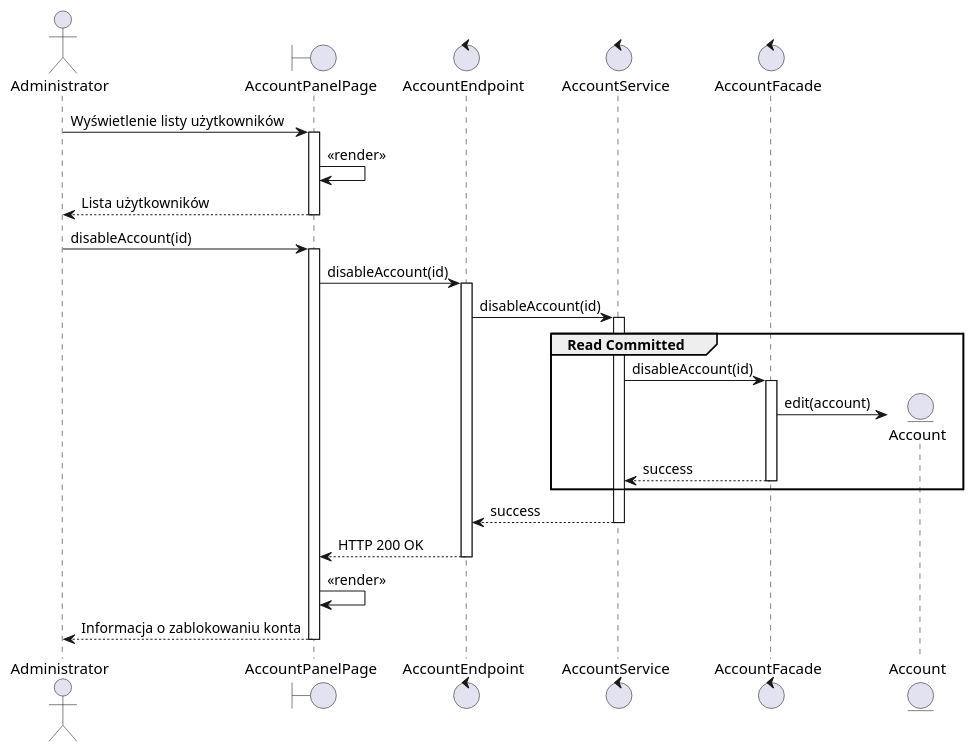
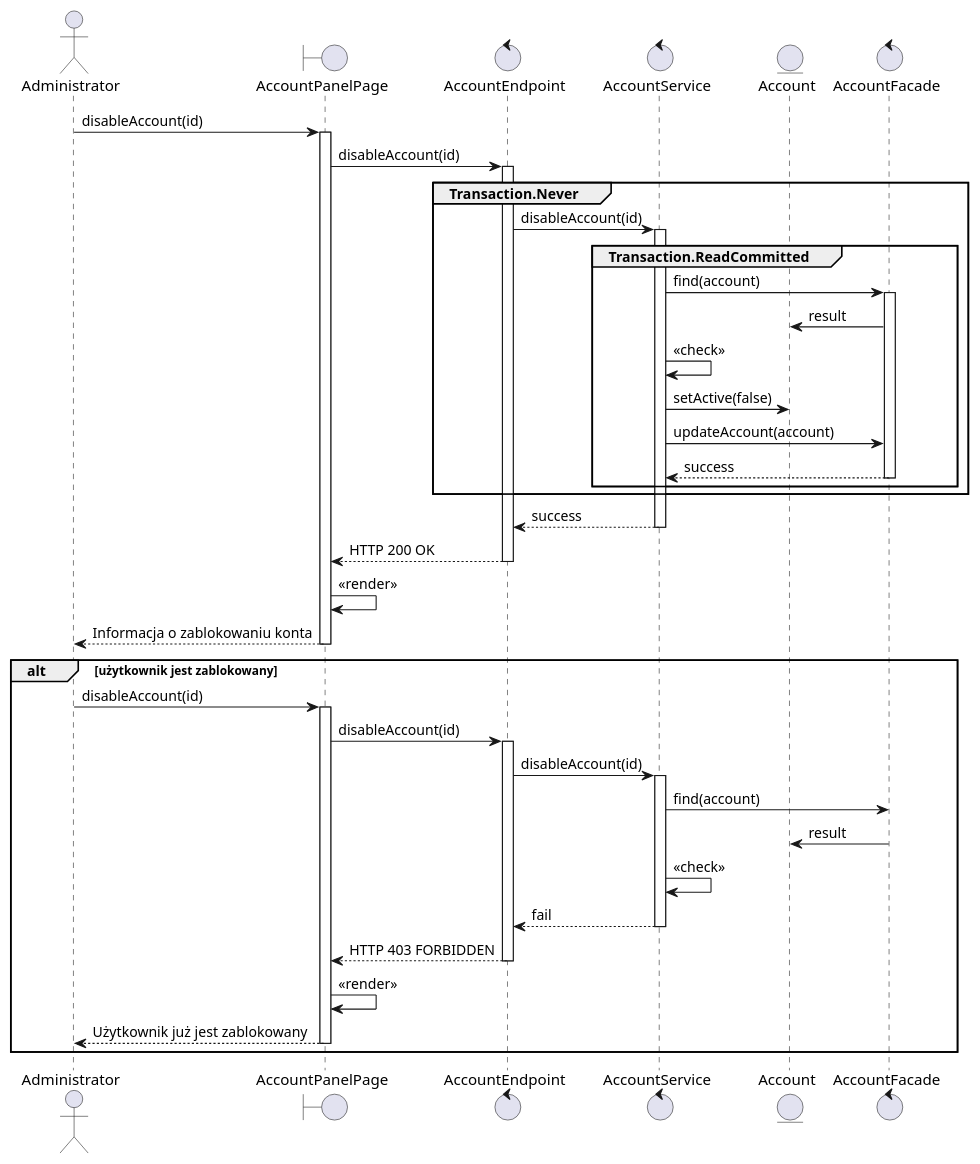
The diagram in src/rozdział 7/mok3.puml (TheVivent-Politechnika-Lodzka/ssbd03_kic_uml), drawn with PlantUML before and after one commit. The commit also changed 1 other file, not shown here.

```diff
--- a/src/rozdział 7/mok3.puml
+++ b/src/rozdział 7/mok3.puml
@@ -1,31 +1,45 @@
 @startuml
 
 actor Administrator as admin
 boundary AccountPanelPage as gui
 control AccountEndpoint as controller
 control AccountService as service
+entity Account as account
 control AccountFacade as facade
-' control EntityManager as entitymanager
-entity Account as account
-' database "Baza danych" as db
 
-admin -> gui ++ : Wyświetlenie listy użytkowników
-gui -> gui : <<render>>
-return Lista użytkowników
+
+
 admin -> gui ++ : disableAccount(id)
 gui -> controller ++ : disableAccount(id)
-controller -> service ++ : disableAccount(id) 
-
-group Read Committed
-    service -> facade ++ : disableAccount(id)
-    facade -> account ** : edit(account)
-return success
+group Transaction.Never
+    controller -> service ++ : disableAccount(id) 
+    group Transaction.ReadCommitted
+        service -> facade ++ : find(account)
+        facade -> account : result
+        service -> service : <<check>>
+        service -> account : setActive(false)
+        service -> facade : updateAccount(account)
+        return success
+    end
 end
 
 return success
 return HTTP 200 OK
 gui -> gui : <<render>>
 return Informacja o zablokowaniu konta
 
+alt użytkownik jest zablokowany
+    admin -> gui ++ : disableAccount(id)
+    gui -> controller ++ : disableAccount(id)
+    controller -> service ++ : disableAccount(id) 
+        service -> facade: find(account)
+        facade -> account  : result
+        service -> service : <<check>>
+return fail
+return HTTP 403 FORBIDDEN
+gui -> gui : <<render>>
+return Użytkownik już jest zablokowany
+end
+
 
 @enduml
```
